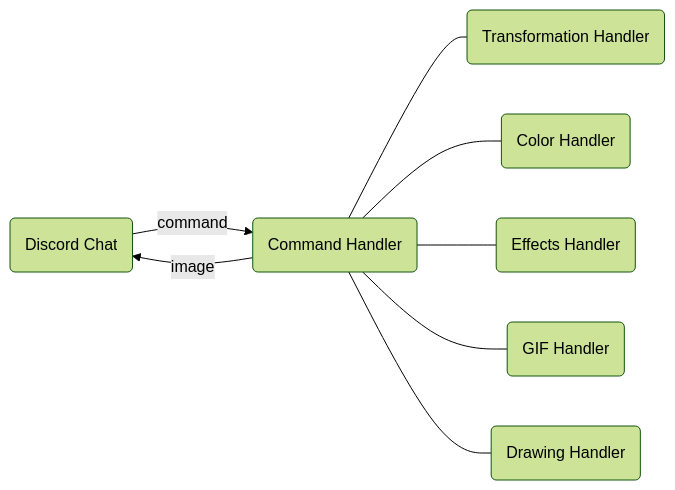
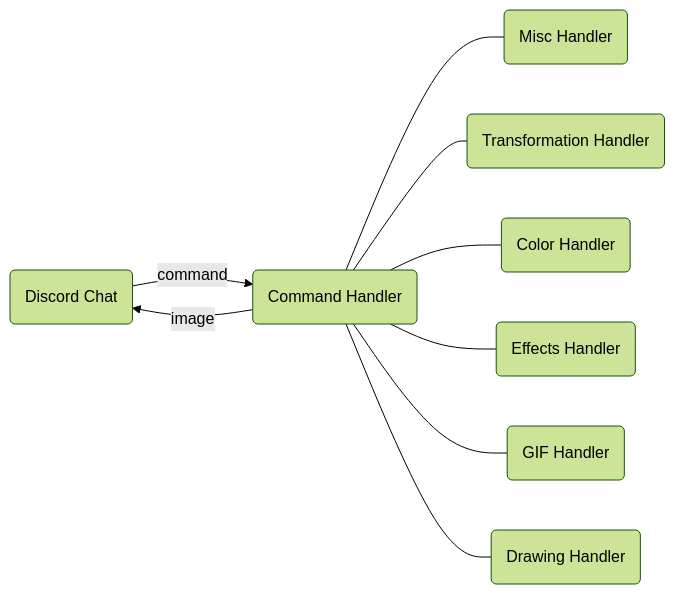
One commit to CS222-UIUC/Team0-ImageBot changed the first of 2 diagrams in README.md. Above: the diagram before and after it, drawn with Mermaid (forest theme). The commit also changed other lines of this file, not shown here.

Commit message:
ReadmeUpdate: updated architecture for misc handler

````diff
--- a/README.md
+++ b/README.md
@@ -123,17 +131,19 @@
 ```mermaid
 flowchart LR
     id1(Discord Chat) -->|command|id2(Command Handler);
     id2-->|image|id1;
+    id2---id8(Misc Handler);
     id2---id3(Transformation Handler);
     id2---id4(Color Handler);
     id2---id5(Effects Handler);
     id2---id6(GIF Handler);
     id2---id7(Drawing Handler);
     click id1 "https://github.com/CS222-UIUC/Team0-ImageBot#discord-chat"
     click id2 "https://github.com/CS222-UIUC/Team0-ImageBot#command-handler"
     click id3 "https://github.com/CS222-UIUC/Team0-ImageBot#transformation-handler"
     click id4 "https://github.com/CS222-UIUC/Team0-ImageBot#color-handler"
     click id5 "https://github.com/CS222-UIUC/Team0-ImageBot#effects-handler"
     click id6 "https://github.com/CS222-UIUC/Team0-ImageBot#gif-handler"
     click id7 "https://github.com/CS222-UIUC/Team0-ImageBot#drawing-handler"
+    click id8 "https://github.com/CS222-UIUC/Team0-ImageBot#misc-handler"
 ```
````
